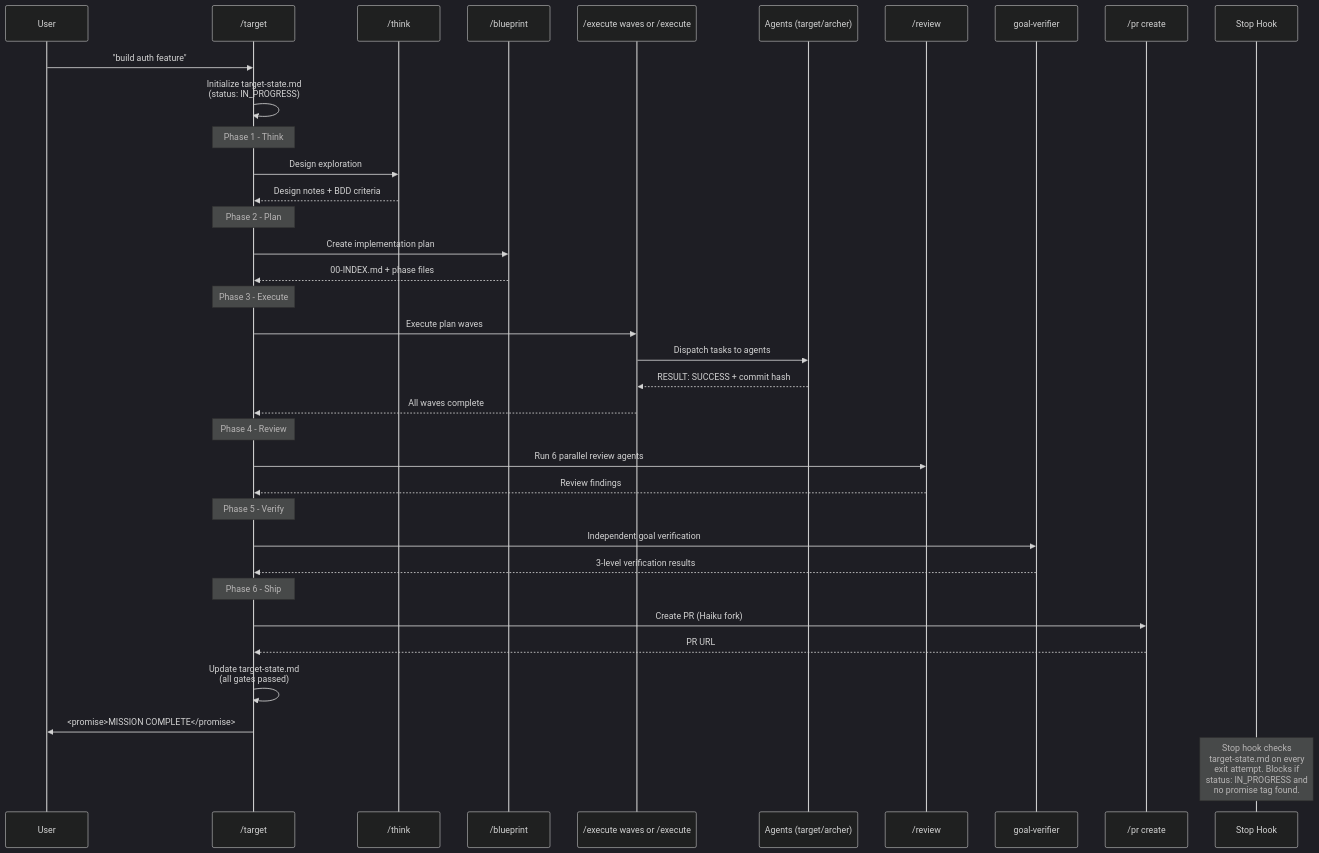
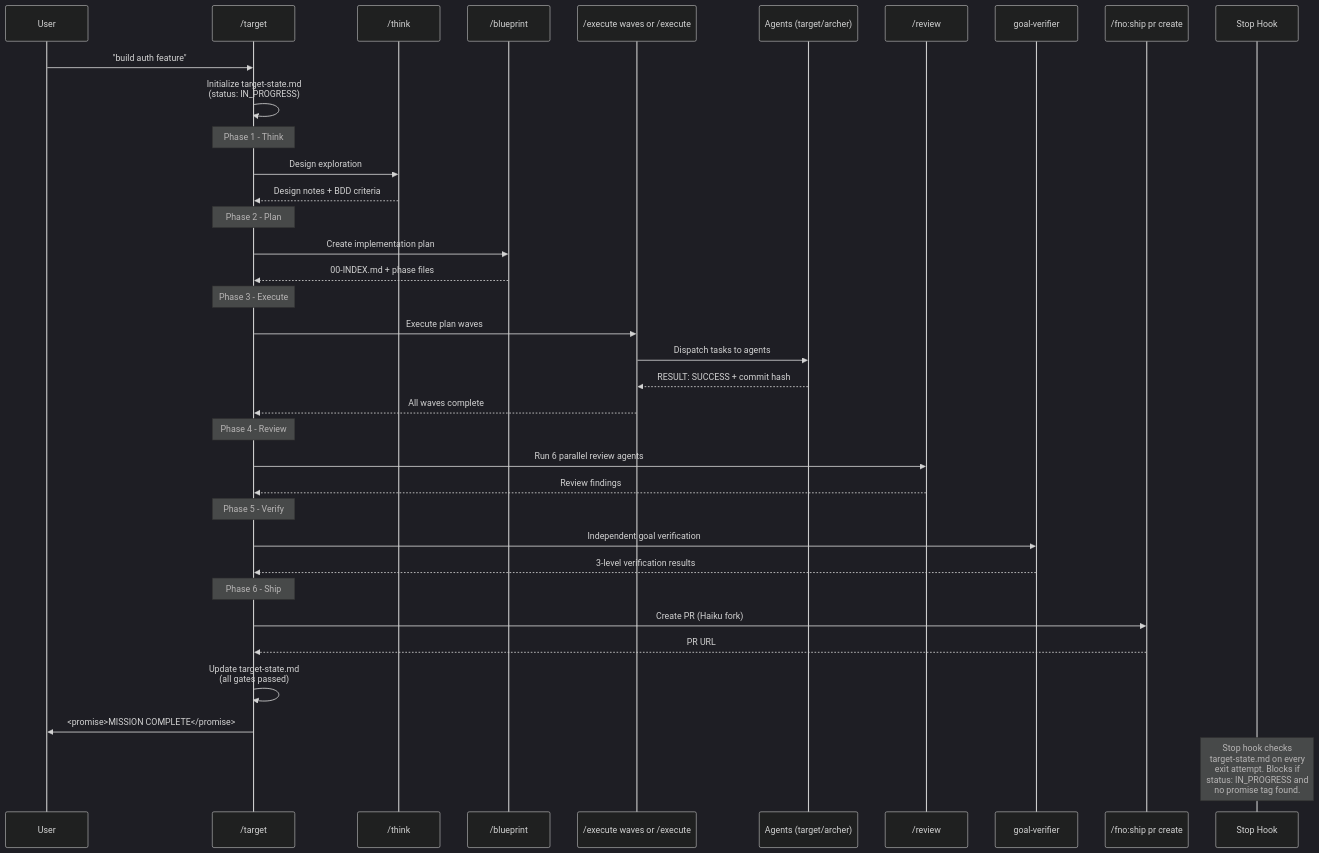
The second of 6 diagrams in docs/system-architecture.md (bllshttng/footnote), drawn with Mermaid (dark theme) before and after one commit. The commit also changed other lines of this file and 126 other files, not shown here.

First line of the commit message:
feat(ship): fold /fno:pr under /fno:ship; ship pr is the one spelling

````diff
--- a/docs/system-architecture.md
+++ b/docs/system-architecture.md
@@ -104,47 +104,47 @@
 ```mermaid
 sequenceDiagram
     participant U as User
     participant R as /target
     participant T as /think
     participant P as /blueprint
     participant O as /execute waves or /execute
     participant A as Agents (target/archer)
     participant CR as /review
     participant GV as goal-verifier
-    participant PR as /pr create
+    participant PR as /fno:ship pr create
     participant SH as Stop Hook
 
     U->>R: "build auth feature"
     R->>R: Initialize target-state.md<br/>(status: IN_PROGRESS)
 
     Note over R: Phase 1 - Think
     R->>T: Design exploration
     T-->>R: Design notes + BDD criteria
 
     Note over R: Phase 2 - Plan
     R->>P: Create implementation plan
     P-->>R: 00-INDEX.md + phase files
 
     Note over R: Phase 3 - Execute
     R->>O: Execute plan waves
     O->>A: Dispatch tasks to agents
     A-->>O: RESULT: SUCCESS + commit hash
     O-->>R: All waves complete
 
     Note over R: Phase 4 - Review
     R->>CR: Run 6 parallel review agents
     CR-->>R: Review findings
 
     Note over R: Phase 5 - Verify
     R->>GV: Independent goal verification
     GV-->>R: 3-level verification results
 
     Note over R: Phase 6 - Ship
     R->>PR: Create PR (Haiku fork)
     PR-->>R: PR URL
 
     R->>R: Update target-state.md<br/>(all gates passed)
     R->>U: <promise>MISSION COMPLETE</promise>
 
     Note over SH: Stop hook checks<br/>target-state.md on every<br/>exit attempt. Blocks if<br/>status: IN_PROGRESS and<br/>no promise tag found.
 ```
````
